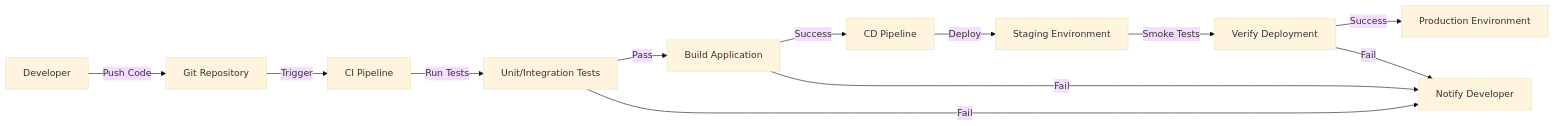
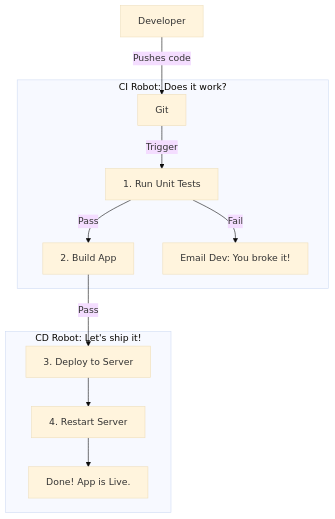
Diagram 17 of 50 in books/know-the-why.md (Param-Harrison/ebook-writer), drawn with Mermaid (base theme) before and after one commit. The commit also changed other lines of this file and 56 other files, not shown here.

````diff
--- a/books/know-the-why.md
+++ b/books/know-the-why.md
@@ -3828,15 +1064,16 @@
 ```mermaid
-flowchart LR
-    Dev[Developer] -->|Push Code| Git[Git Repository]
-    Git -->|Trigger| CI[CI Pipeline]
-    CI -->|Run Tests| Tests[Unit/Integration Tests]
-    Tests -->|Pass| Build[Build Application]
-    Build -->|Success| CD[CD Pipeline]
-    CD -->|Deploy| Staging[Staging Environment]
-    Staging -->|Smoke Tests| Verify[Verify Deployment]
-    Verify -->|Success| Production[Production Environment]
+flowchart TD
+    Dev[Developer] -- "Pushes code" --> Git
     
-    Tests -->|Fail| Notify[Notify Developer]
-    Build -->|Fail| Notify
-    Verify -->|Fail| Notify
+    subgraph CI ["CI Robot: Does it work?"]
+        Git -- "Trigger" --> Tests[1. Run Unit Tests]
+        Tests -- "Pass" --> Build[2. Build App]
+        Tests -- "Fail" --> Notify["Email Dev: You broke it!"]
+    end
+    
+    subgraph CD ["CD Robot: Let's ship it!"]
+        Build -- "Pass" --> Deploy[3. Deploy to Server]
+        Deploy --> Restart[4. Restart Server]
+        Restart --> Prod[Done! App is Live.]
+    end
 ```
````
